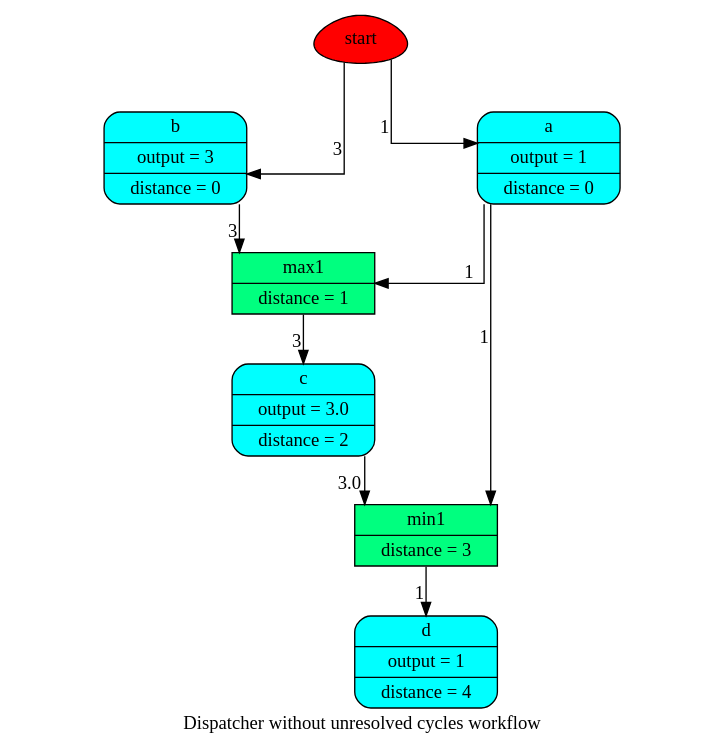
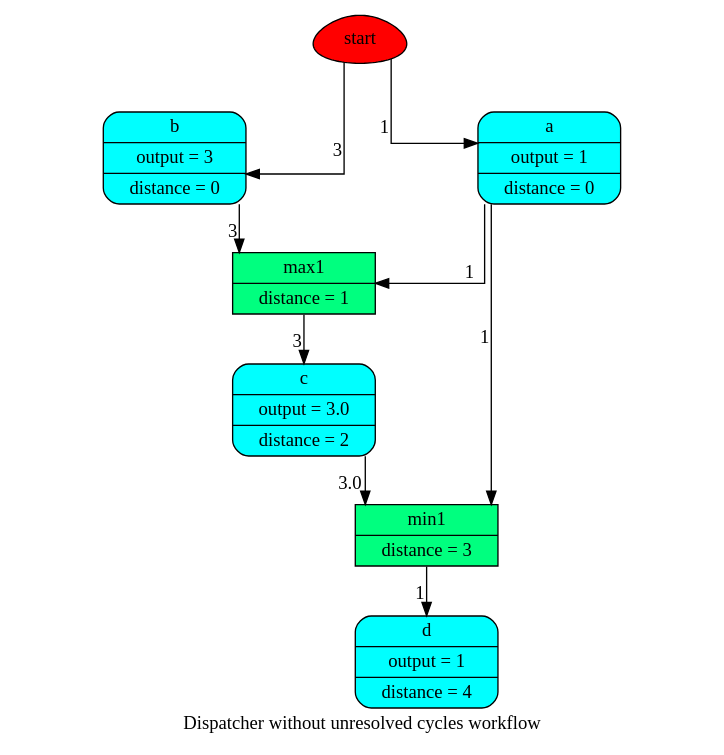
The diagram in doc/dispatcher/__init__/remove_cycles/wf_rm_cycles.dot (vinci1it2000/schedula), drawn with Graphviz before and after one commit. The commit also changed 27 other files, not shown here.

```diff
--- a/doc/dispatcher/__init__/remove_cycles/wf_rm_cycles.dot
+++ b/doc/dispatcher/__init__/remove_cycles/wf_rm_cycles.dot
@@ -1,21 +1,21 @@
 digraph "Dispatcher without unresolved cycles" {
 	graph [ratio=1]
 	node [style=filled]
+	splines = ortho
 	label = "Dispatcher without unresolved cycles workflow"
-	splines = ortho
-		"Dispatcher without unresolved cycles_4372672704" [label=start fillcolor=red shape=egg]
-		"Dispatcher without unresolved cycles_-1993691204919979312" [label="{ b | output = 3 | distance = 0 }" fillcolor=cyan shape=Mrecord]
-		"Dispatcher without unresolved cycles_-3502547296849737717" [label="{ d | output = 1 | distance = 4 }" fillcolor=cyan shape=Mrecord]
-		"Dispatcher without unresolved cycles_-8790407019608196459" [label="{ a | output = 1 | distance = 0 }" fillcolor=cyan shape=Mrecord]
-		"Dispatcher without unresolved cycles_-4631276279473250640" [label="{ c | output = 3.0 | distance = 2 }" fillcolor=cyan shape=Mrecord]
-		"Dispatcher without unresolved cycles_-4223035844200585589" [label="{ max1 | distance = 1 }" fillcolor=springgreen shape=record]
-		"Dispatcher without unresolved cycles_-1814577408850048369" [label="{ min1 | distance = 3 }" fillcolor=springgreen shape=record]
-			"Dispatcher without unresolved cycles_4372672704" -> "Dispatcher without unresolved cycles_-1993691204919979312" [xlabel=3]
-			"Dispatcher without unresolved cycles_4372672704" -> "Dispatcher without unresolved cycles_-8790407019608196459" [xlabel=1]
-			"Dispatcher without unresolved cycles_-1993691204919979312" -> "Dispatcher without unresolved cycles_-4223035844200585589" [xlabel=3]
-			"Dispatcher without unresolved cycles_-8790407019608196459" -> "Dispatcher without unresolved cycles_-4223035844200585589" [xlabel=1]
-			"Dispatcher without unresolved cycles_-8790407019608196459" -> "Dispatcher without unresolved cycles_-1814577408850048369" [xlabel=1]
-			"Dispatcher without unresolved cycles_-4631276279473250640" -> "Dispatcher without unresolved cycles_-1814577408850048369" [xlabel=3.0]
-			"Dispatcher without unresolved cycles_-4223035844200585589" -> "Dispatcher without unresolved cycles_-4631276279473250640" [xlabel=3]
-			"Dispatcher without unresolved cycles_-1814577408850048369" -> "Dispatcher without unresolved cycles_-3502547296849737717" [xlabel=1]
+		"Dispatcher without unresolved cycles_78779400" [label=start fillcolor=red shape=egg]
+		"Dispatcher without unresolved cycles_-7581342329438558216" [label="{ max1 | distance = 1 }" fillcolor=springgreen shape=record]
+		"Dispatcher without unresolved cycles_2773667882067843218" [label="{ min1 | distance = 3 }" fillcolor=springgreen shape=record]
+		"Dispatcher without unresolved cycles_6978204315916669291" [label="{ a | output = 1 | distance = 0 }" fillcolor=cyan shape=Mrecord]
+		"Dispatcher without unresolved cycles_5471397706553619705" [label="{ d | output = 1 | distance = 4 }" fillcolor=cyan shape=Mrecord]
+		"Dispatcher without unresolved cycles_5731122394292607163" [label="{ b | output = 3 | distance = 0 }" fillcolor=cyan shape=Mrecord]
+		"Dispatcher without unresolved cycles_-9068828303841174803" [label="{ c | output = 3.0 | distance = 2 }" fillcolor=cyan shape=Mrecord]
+			"Dispatcher without unresolved cycles_-7581342329438558216" -> "Dispatcher without unresolved cycles_-9068828303841174803" [xlabel=3]
+			"Dispatcher without unresolved cycles_2773667882067843218" -> "Dispatcher without unresolved cycles_5471397706553619705" [xlabel=1]
+			"Dispatcher without unresolved cycles_6978204315916669291" -> "Dispatcher without unresolved cycles_-7581342329438558216" [xlabel=1]
+			"Dispatcher without unresolved cycles_6978204315916669291" -> "Dispatcher without unresolved cycles_2773667882067843218" [xlabel=1]
+			"Dispatcher without unresolved cycles_78779400" -> "Dispatcher without unresolved cycles_5731122394292607163" [xlabel=3]
+			"Dispatcher without unresolved cycles_78779400" -> "Dispatcher without unresolved cycles_6978204315916669291" [xlabel=1]
+			"Dispatcher without unresolved cycles_5731122394292607163" -> "Dispatcher without unresolved cycles_-7581342329438558216" [xlabel=3]
+			"Dispatcher without unresolved cycles_-9068828303841174803" -> "Dispatcher without unresolved cycles_2773667882067843218" [xlabel=3.0]
 }
```
